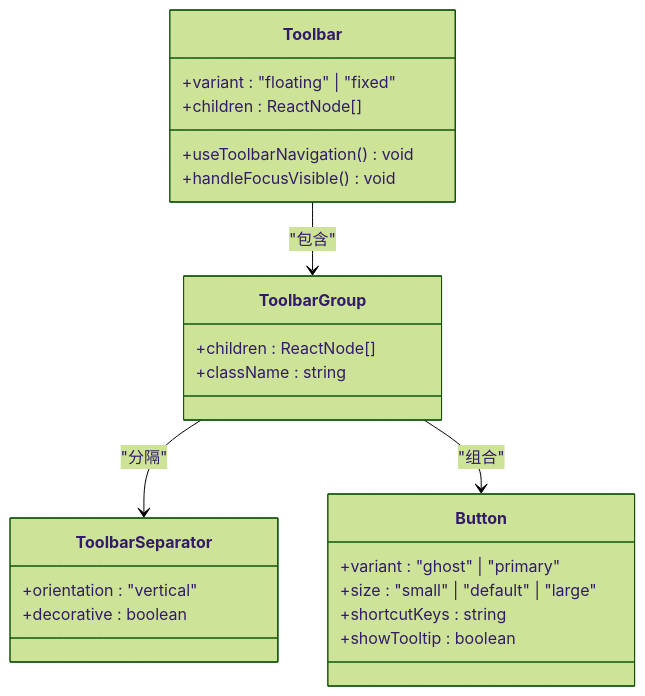
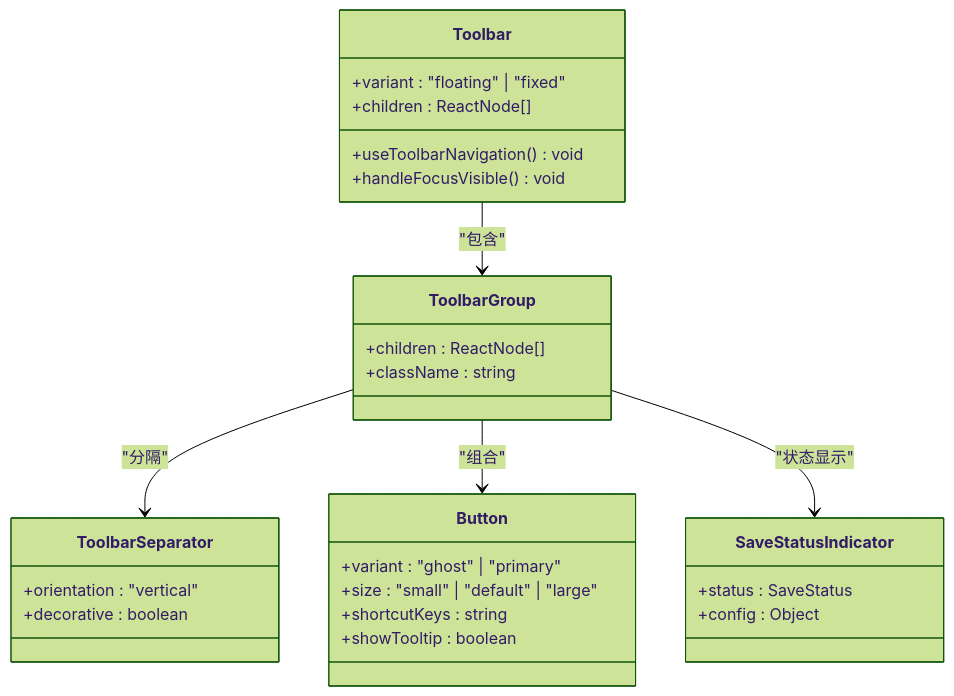
One commit to KunLabAI/KunFlix changed the sixth of 10 diagrams in .qoder/repowiki/zh/content/前端开发指南/富文本编辑系统.md. Above: the diagram before and after it, drawn with Mermaid (forest theme). The commit also changed other lines of this file and 24 other files, not shown here.

````diff
--- a/.qoder/repowiki/zh/content/前端开发指南/富文本编辑系统.md
+++ b/.qoder/repowiki/zh/content/前端开发指南/富文本编辑系统.md
@@ -259,26 +295,31 @@
 ```mermaid
 classDiagram
 class Toolbar {
 +variant : "floating" | "fixed"
 +children : ReactNode[]
 +useToolbarNavigation() void
 +handleFocusVisible() void
 }
 class ToolbarGroup {
 +children : ReactNode[]
 +className : string
 }
 class ToolbarSeparator {
 +orientation : "vertical"
 +decorative : boolean
 }
 class Button {
 +variant : "ghost" | "primary"
 +size : "small" | "default" | "large"
 +shortcutKeys : string
 +showTooltip : boolean
 }
+class SaveStatusIndicator {
++status : SaveStatus
++config : Object
+}
 Toolbar --> ToolbarGroup : "包含"
 ToolbarGroup --> ToolbarSeparator : "分隔"
 ToolbarGroup --> Button : "组合"
+ToolbarGroup --> SaveStatusIndicator : "状态显示"
 ```
````
